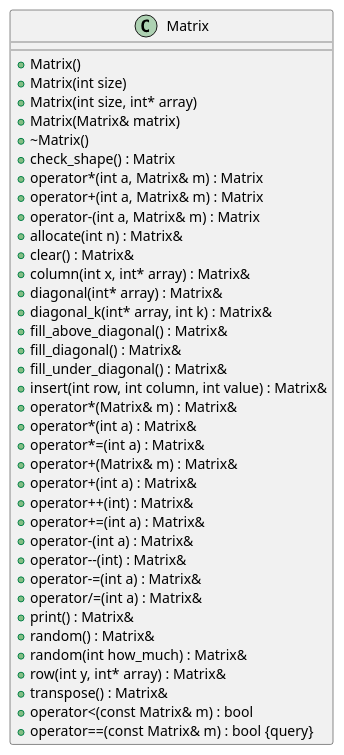
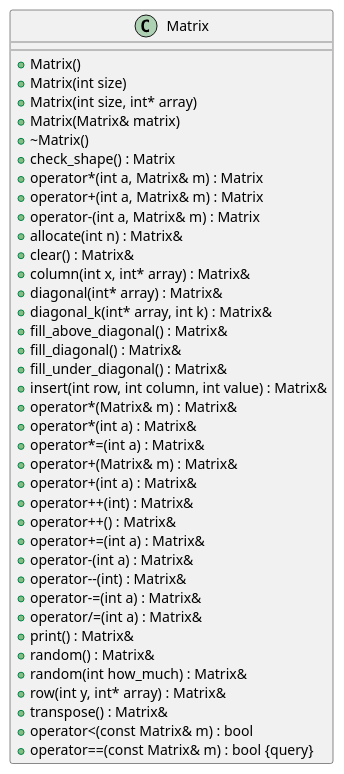
One commit to MaciejWojs/Matrix changed the diagram in inline_umlgraph_pnghtml.pu. Above: the diagram before and after it, drawn with PlantUML. The commit also changed 9 other files, not shown here.

```diff
--- a/inline_umlgraph_pnghtml.pu
+++ b/inline_umlgraph_pnghtml.pu
@@ -1,41 +1,42 @@
 @startuml inline_umlgraph_1.png
 class Matrix {
 +Matrix()
 +Matrix(int size)
 +Matrix(int size, int* array)
 +Matrix(Matrix& matrix)
 +~Matrix()
 +check_shape() : Matrix
 +operator*(int a, Matrix& m) : Matrix
 +operator+(int a, Matrix& m) : Matrix
 +operator-(int a, Matrix& m) : Matrix
 +allocate(int n) : Matrix&
 +clear() : Matrix&
 +column(int x, int* array) : Matrix&
 +diagonal(int* array) : Matrix&
 +diagonal_k(int* array, int k) : Matrix&
 +fill_above_diagonal() : Matrix&
 +fill_diagonal() : Matrix&
 +fill_under_diagonal() : Matrix&
 +insert(int row, int column, int value) : Matrix&
 +operator*(Matrix& m) : Matrix&
 +operator*(int a) : Matrix&
 +operator*=(int a) : Matrix&
 +operator+(Matrix& m) : Matrix&
 +operator+(int a) : Matrix&
 +operator++(int) : Matrix&
++operator++() : Matrix&
 +operator+=(int a) : Matrix&
 +operator-(int a) : Matrix&
 +operator--(int) : Matrix&
 +operator-=(int a) : Matrix&
 +operator/=(int a) : Matrix&
 +print() : Matrix&
 +random() : Matrix&
 +random(int how_much) : Matrix&
 +row(int y, int* array) : Matrix&
 +transpose() : Matrix&
 +operator<(const Matrix& m) : bool
 +operator==(const Matrix& m) : bool {query}
 
 }
 @enduml
```
